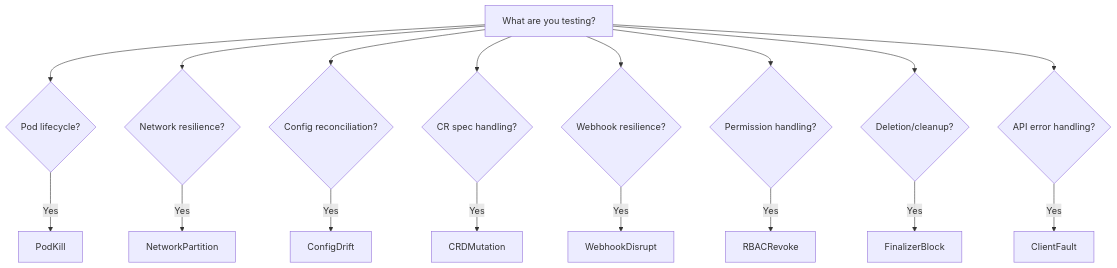
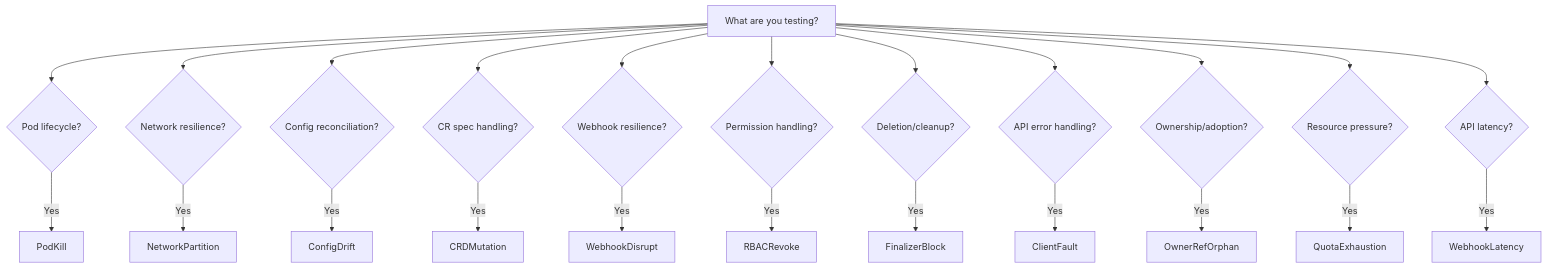
The diagram in site/docs/failure-modes/index.md (opendatahub-io/operator-chaos), drawn with Mermaid before and after one commit. The commit also changed other lines of this file and 16 other files, not shown here.

First line of the commit message:
docs: add failure mode pages for OwnerRefOrphan, QuotaExhaustion, WebhookLatency

````diff
--- a/site/docs/failure-modes/index.md
+++ b/site/docs/failure-modes/index.md
@@ -22,19 +25,25 @@
 ```mermaid
 graph TD
     A[What are you testing?] --> B{Pod lifecycle?}
     B -->|Yes| C[PodKill]
     A --> D{Network resilience?}
     D -->|Yes| E[NetworkPartition]
     A --> F{Config reconciliation?}
     F -->|Yes| G[ConfigDrift]
     A --> H{CR spec handling?}
     H -->|Yes| I[CRDMutation]
     A --> J{Webhook resilience?}
     J -->|Yes| K[WebhookDisrupt]
     A --> L{Permission handling?}
     L -->|Yes| M[RBACRevoke]
     A --> N{Deletion/cleanup?}
     N -->|Yes| O[FinalizerBlock]
     A --> P{API error handling?}
     P -->|Yes| Q[ClientFault]
+    A --> R{Ownership/adoption?}
+    R -->|Yes| S[OwnerRefOrphan]
+    A --> T{Resource pressure?}
+    T -->|Yes| U[QuotaExhaustion]
+    A --> V{API latency?}
+    V -->|Yes| W[WebhookLatency]
 ```
````
